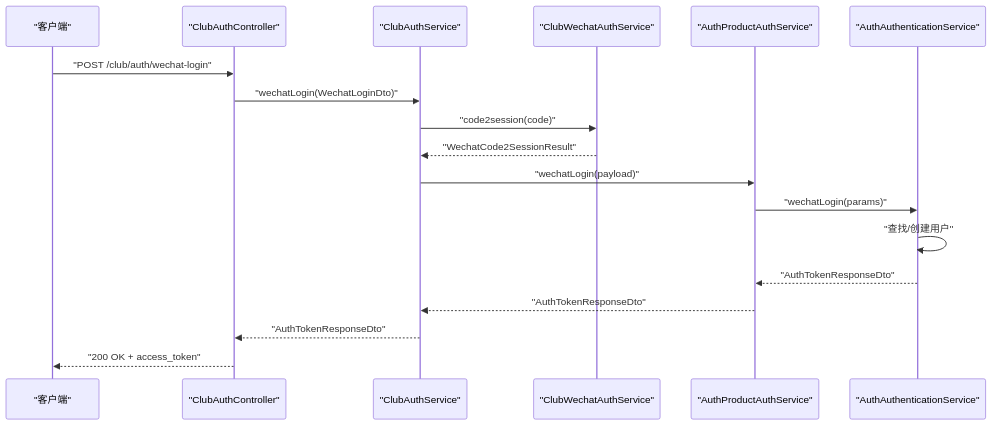
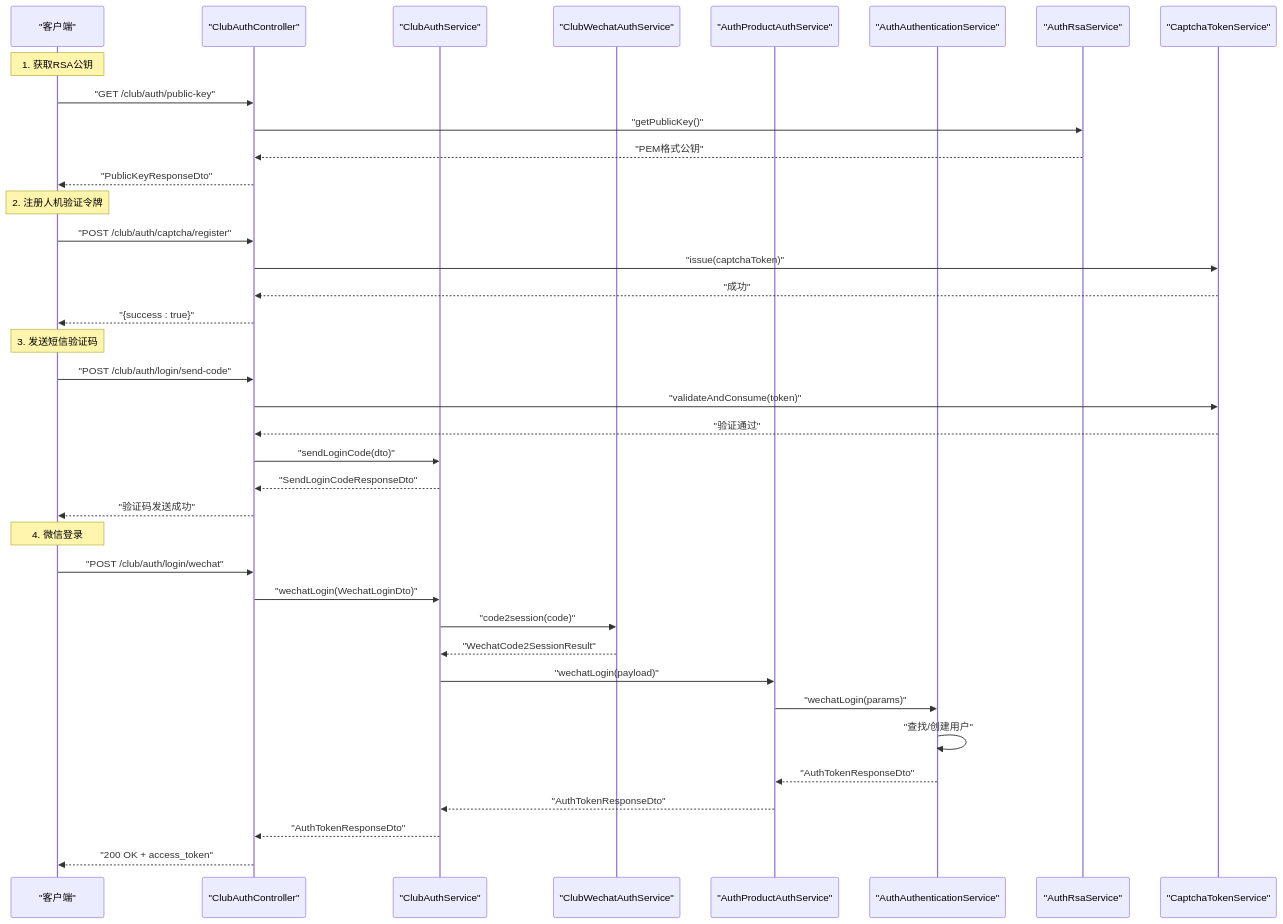
One commit to rc558620/purelyprofit-server changed the second of 5 diagrams in .qoder/repowiki/zh/content/API 接口文档/认证接口.md. Above: the diagram before and after it, drawn with Mermaid. The commit also changed other lines of this file and 25 other files, not shown here.

````diff
--- a/.qoder/repowiki/zh/content/API 接口文档/认证接口.md
+++ b/.qoder/repowiki/zh/content/API 接口文档/认证接口.md
@@ -103,20 +113,40 @@
 ```mermaid
 sequenceDiagram
 participant Client as "客户端"
 participant ClubCtrl as "ClubAuthController"
 participant ClubSvc as "ClubAuthService"
 participant WechatSvc as "ClubWechatAuthService"
 participant UnifiedSvc as "AuthProductAuthService"
 participant AuthSvc as "AuthAuthenticationService"
-Client->>ClubCtrl : "POST /club/auth/wechat-login"
+participant RsaSvc as "AuthRsaService"
+participant CaptchaSvc as "CaptchaTokenService"
+Note over Client : 1. 获取RSA公钥
+Client->>ClubCtrl : "GET /club/auth/public-key"
+ClubCtrl->>RsaSvc : "getPublicKey()"
+RsaSvc-->>ClubCtrl : "PEM格式公钥"
+ClubCtrl-->>Client : "PublicKeyResponseDto"
+Note over Client : 2. 注册人机验证令牌
+Client->>ClubCtrl : "POST /club/auth/captcha/register"
+ClubCtrl->>CaptchaSvc : "issue(captchaToken)"
+CaptchaSvc-->>ClubCtrl : "成功"
+ClubCtrl-->>Client : "{success : true}"
+Note over Client : 3. 发送短信验证码
+Client->>ClubCtrl : "POST /club/auth/login/send-code"
+ClubCtrl->>CaptchaSvc : "validateAndConsume(token)"
+CaptchaSvc-->>ClubCtrl : "验证通过"
+ClubCtrl->>ClubSvc : "sendLoginCode(dto)"
+ClubSvc-->>ClubCtrl : "SendLoginCodeResponseDto"
+ClubCtrl-->>Client : "验证码发送成功"
+Note over Client : 4. 微信登录
+Client->>ClubCtrl : "POST /club/auth/login/wechat"
 ClubCtrl->>ClubSvc : "wechatLogin(WechatLoginDto)"
 ClubSvc->>WechatSvc : "code2session(code)"
 WechatSvc-->>ClubSvc : "WechatCode2SessionResult"
 ClubSvc->>UnifiedSvc : "wechatLogin(payload)"
 UnifiedSvc->>AuthSvc : "wechatLogin(params)"
 AuthSvc->>AuthSvc : "查找/创建用户"
 AuthSvc-->>UnifiedSvc : "AuthTokenResponseDto"
 UnifiedSvc-->>ClubSvc : "AuthTokenResponseDto"
 ClubSvc-->>ClubCtrl : "AuthTokenResponseDto"
 ClubCtrl-->>Client : "200 OK + access_token"
 ```
````
